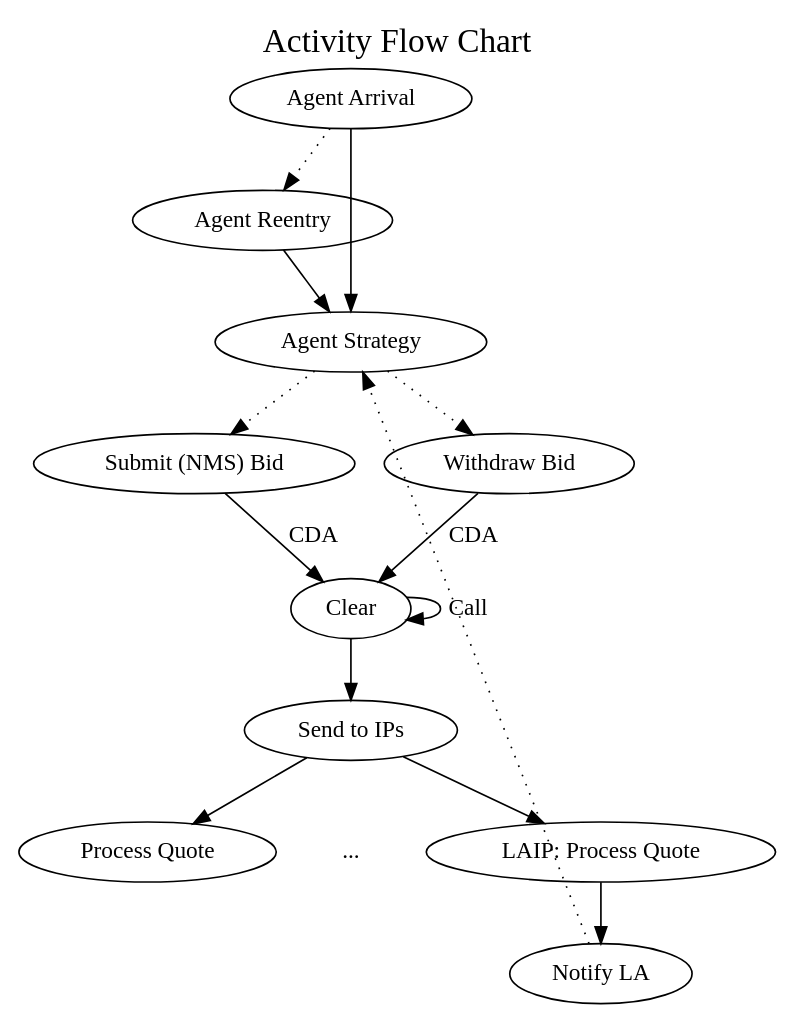
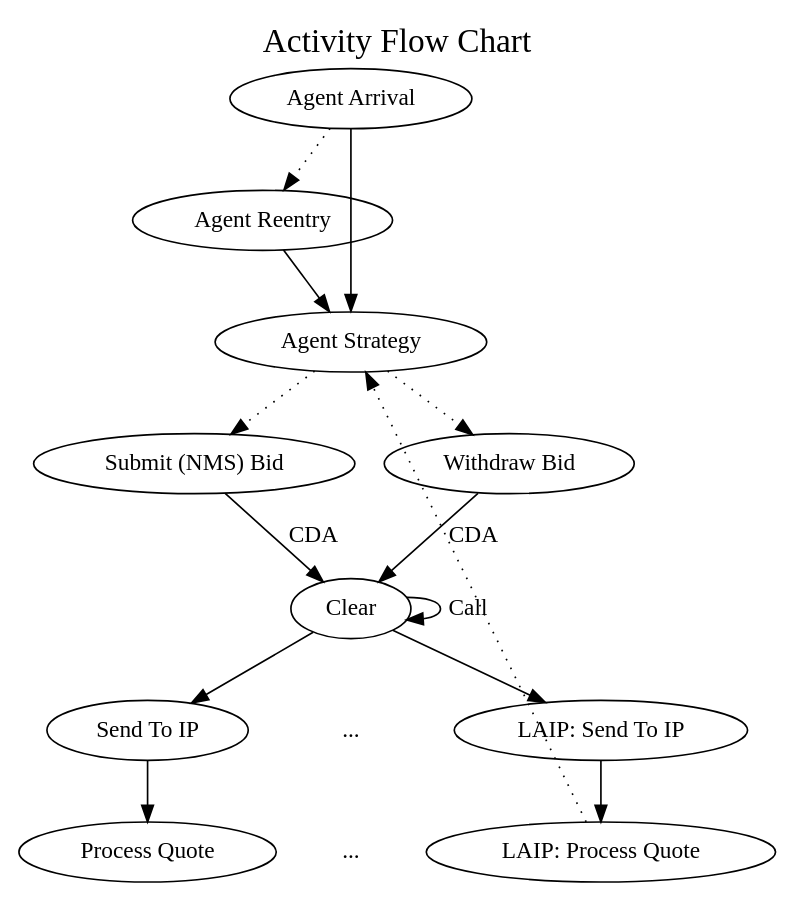
One commit to shearerj/market-sim-close-price changed the diagram in docs/activity_flow.dot. Above: the diagram before and after it, drawn with Graphviz. The commit also changed 1 other file, not shown here.

Commit message:
updated activity graphs

```diff
--- a/docs/activity_flow.dot
+++ b/docs/activity_flow.dot
@@ -1,36 +1,30 @@
 digraph G {
 	label="Activity Flow Chart"
 	fontsize=20
 	labelloc=t
 	splines=false
 
-	AgentArrival [label="Agent Arrival"]
-	AgentReentry [label="Agent Reentry"]
-	AgentStrategy [label="Agent Strategy"]
-	AgentArrival -> AgentReentry [style=dotted]
-	AgentArrival -> AgentStrategy
-	AgentReentry -> AgentStrategy
+	"Agent Arrival" -> "Agent Reentry" [style=dotted]
+	"Agent Arrival" -> "Agent Strategy"
+	"Agent Reentry" -> "Agent Strategy"
 
-	AgentStrategy -> AddBid [style=dotted]
-	AgentStrategy -> RemoveBid [style=dotted]
+	"Agent Strategy" -> "Submit (NMS) Bid" [style=dotted]
+	"Agent Strategy" -> "Withdraw Bid" [style=dotted]
 	
-	AddBid [label="Submit (NMS) Bid"]
-	RemoveBid [label="Withdraw Bid"]
-	AddBid -> Clear [label=" CDA"]
-	RemoveBid -> Clear [label=" CDA"]
+	"Submit (NMS) Bid" -> Clear [label=" CDA"]
+	"Withdraw Bid" -> Clear [label=" CDA"]
 	Clear -> Clear [constraint=false, label=" Call"]
 	
-	sendToIPs [label="Send to IPs"]
-	subgraph process {
-		rank=same	
-		ProcessQuote [label="Process Quote"]
-		ellipses [label="...", penwidth=0]
-		LAIPProcessQuote [label="LAIP: Process Quote"]
-	}
-	sendToIPs -> ellipses [style=invis]
-	Clear -> sendToIPs -> ProcessQuote
-	sendToIPs -> LAIPProcessQuote -> NotifyLA
-	NotifyLA [label="Notify LA"]
+	Clear -> "Send To IP"
+	Clear -> ell1 [style=invis]
+	Clear -> "LAIP: Send To IP"
 
-	NotifyLA -> AgentStrategy [style=dotted, constraint=false]
+	ell1 [label="...", penwidth=0]
+	ell2 [label="...", penwidth=0]
+	
+	"Send To IP" -> "Process Quote" [weight=2]
+	ell1 -> ell2 [style=invis, weight=2]
+	"LAIP: Send To IP" -> "LAIP: Process Quote" [weight=2]
+
+	"LAIP: Process Quote" -> "Agent Strategy" [style=dotted, constraint=false]
 }
```
